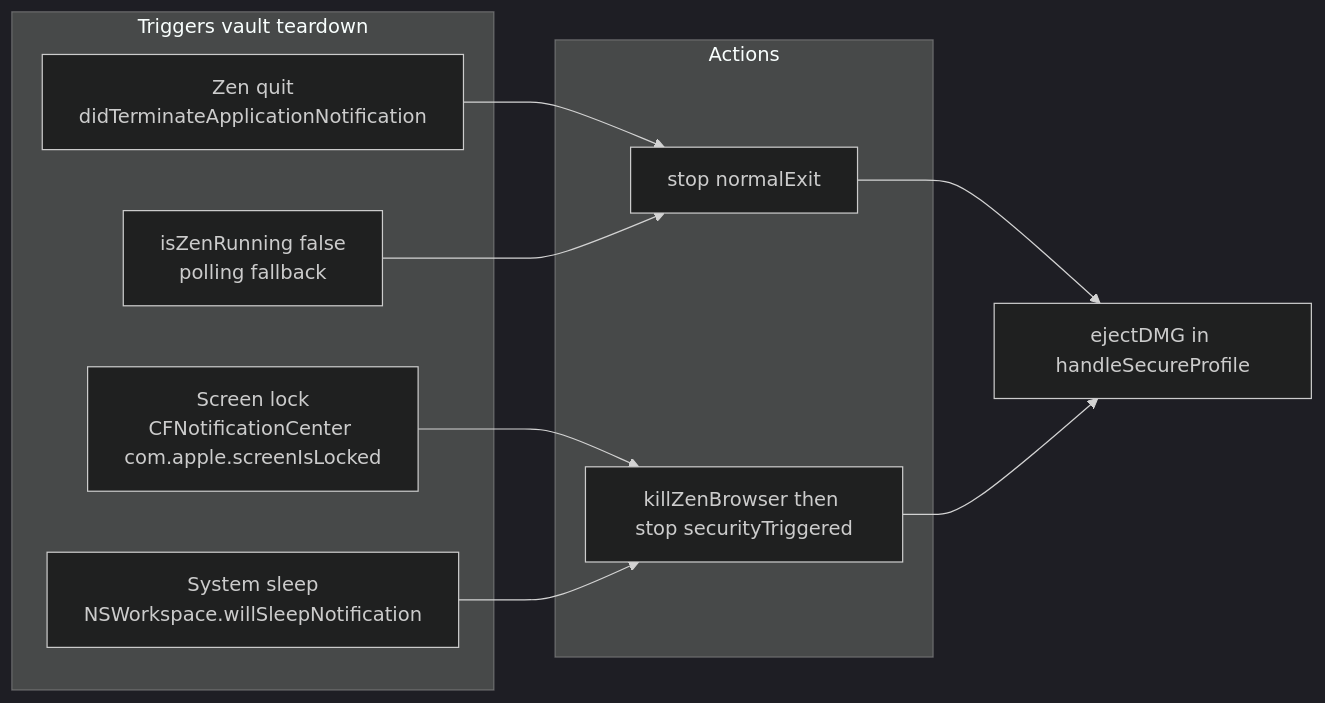
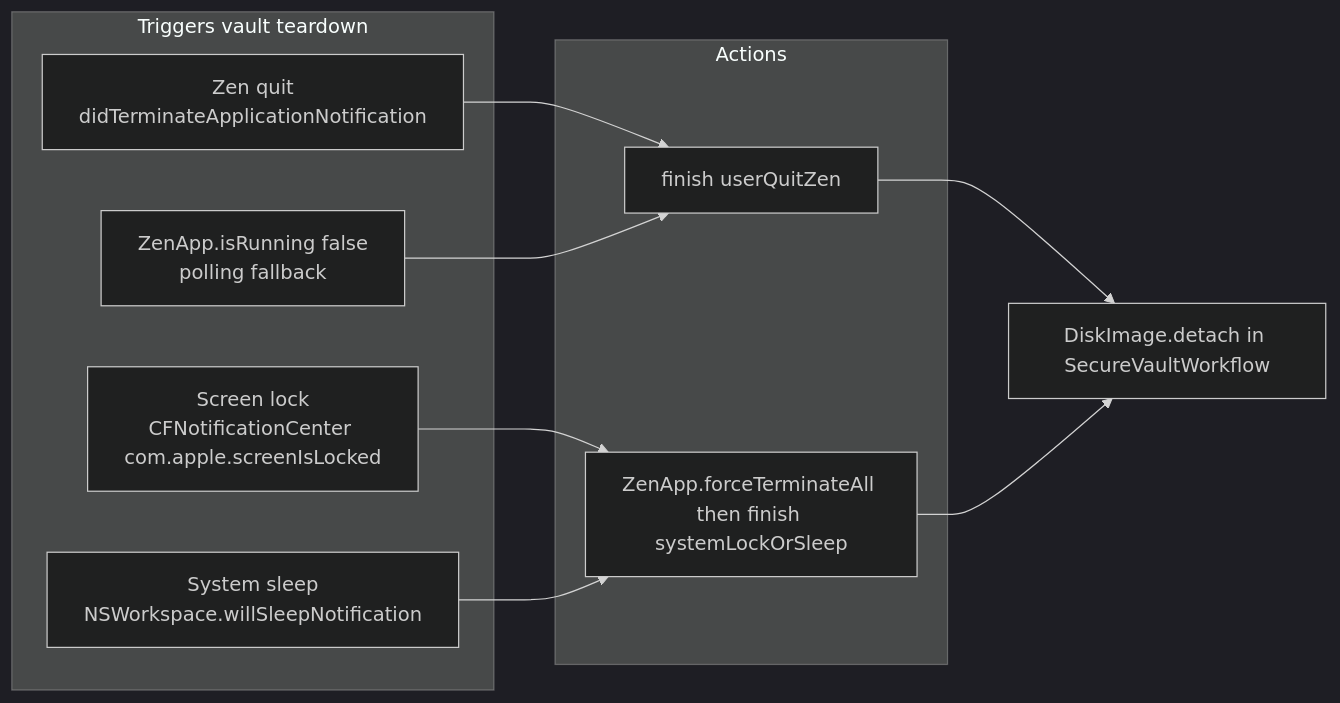
One commit to Johann-Goncalves-Pereira/Raycast changed the fourth of 5 diagrams in პროფილი-README.md. Above: the diagram before and after it, drawn with Mermaid (dark theme). The commit also changed other lines of this file and 1 other file, not shown here.

First line of the commit message:
refactor ✨: Update Zen Secure Profile Launcher for improved clarity and functionality

````diff
--- a/პროფილი-README.md
+++ b/პროფილი-README.md
@@ -130,22 +130,22 @@
 ```mermaid
 flowchart LR
     subgraph triggers [Triggers vault teardown]
         Quit[Zen quit<br/>didTerminateApplicationNotification]
-        Poll[isZenRunning false<br/>polling fallback]
+        Poll[ZenApp.isRunning false<br/>polling fallback]
         Lock[Screen lock<br/>CFNotificationCenter com.apple.screenIsLocked]
         Sleep[System sleep<br/>NSWorkspace.willSleepNotification]
     end
 
     subgraph actions [Actions]
-        NormalStop[stop normalExit]
-        SecurityStop[killZenBrowser then stop securityTriggered]
+        NormalStop[finish userQuitZen]
+        SecurityStop[ZenApp.forceTerminateAll then finish systemLockOrSleep]
     end
 
     Quit --> NormalStop
     Poll --> NormalStop
     Lock --> SecurityStop
     Sleep --> SecurityStop
 
-    NormalStop --> Eject[ejectDMG in handleSecureProfile]
+    NormalStop --> Eject[DiskImage.detach in SecureVaultWorkflow]
     SecurityStop --> Eject
 ```
````
